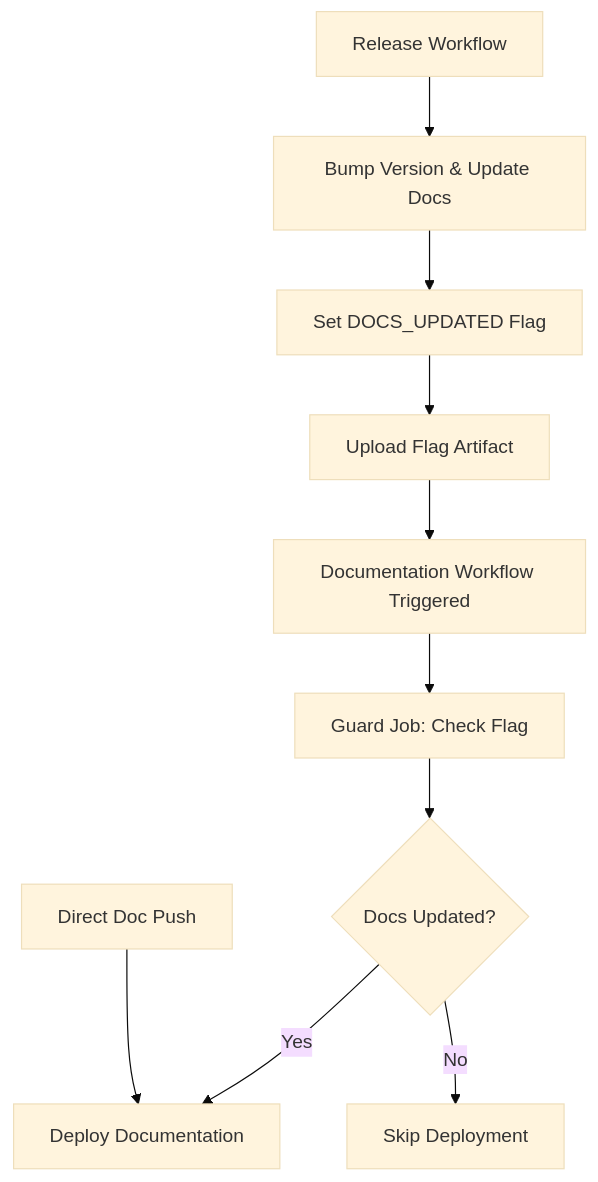
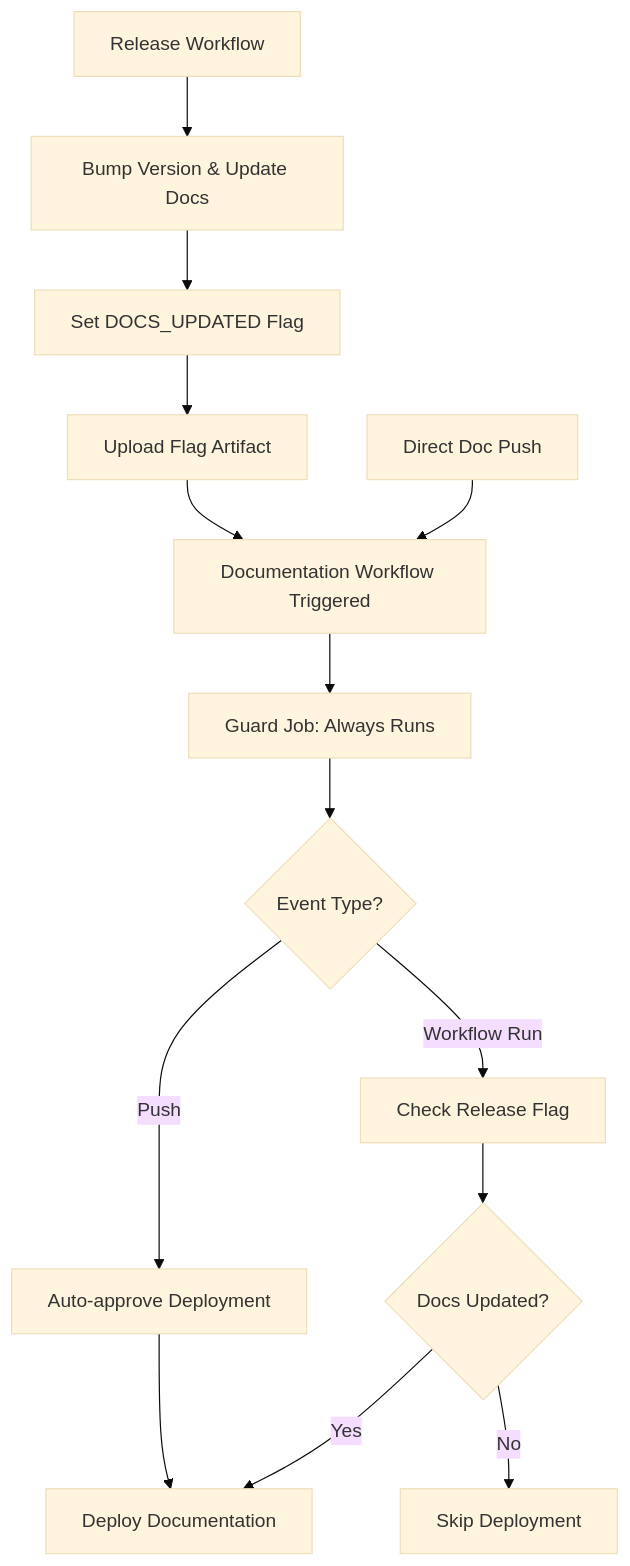
Before and after one commit to Chisanan232/slack-mcp-server: the first of 2 diagrams in docs/contents/development/ci-cd/documentation-deployment.mdx, drawn with Mermaid (base theme). The commit also changed other lines of this file, not shown here.

Commit message:
✏️ Update the document release workflow document.

````diff
--- a/docs/contents/development/ci-cd/documentation-deployment.mdx
+++ b/docs/contents/development/ci-cd/documentation-deployment.mdx
@@ -78,13 +82,17 @@
 ```mermaid
 graph TD
     A[Release Workflow] --> B[Bump Version & Update Docs]
     B --> C[Set DOCS_UPDATED Flag]
     C --> D[Upload Flag Artifact]
     D --> E[Documentation Workflow Triggered]
-    E --> F[Guard Job: Check Flag]
-    F --> G{Docs Updated?}
-    G -->|Yes| H[Deploy Documentation]
-    G -->|No| I[Skip Deployment]
+    E --> F[Guard Job: Always Runs]
+    F --> G{Event Type?}
+    G -->|Push| H[Auto-approve Deployment]
+    G -->|Workflow Run| I[Check Release Flag]
+    I --> J{Docs Updated?}
+    J -->|Yes| K[Deploy Documentation]
+    J -->|No| L[Skip Deployment]
+    H --> K
     
-    J[Direct Doc Push] --> H
+    M[Direct Doc Push] --> E
 ```
````
